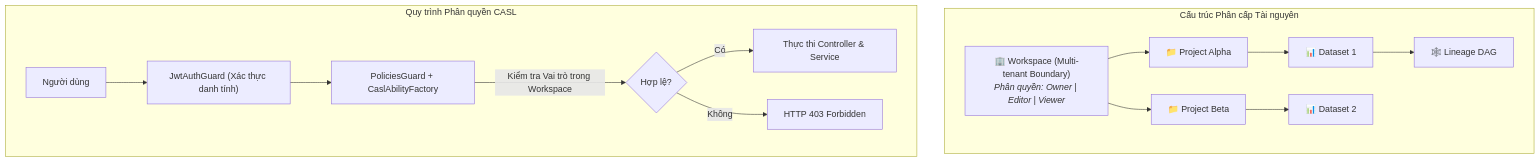
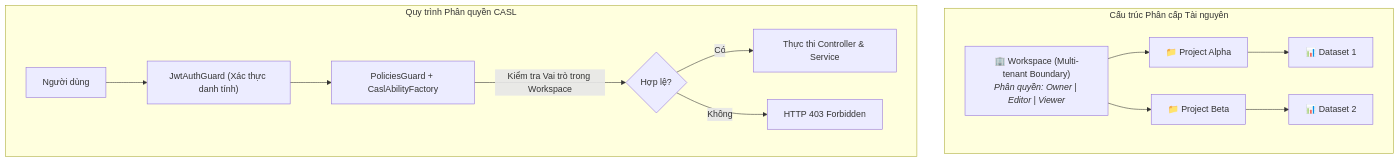
The diagram in src/backend/src/modules/workspaces/README.md (tieneshoabeai/AI-systems-support-detecting-and-handling-data-quality-issues), drawn with Mermaid before and after one commit. The commit also changed other lines of this file and 19 other files, not shown here.

````diff
--- a/src/backend/src/modules/workspaces/README.md
+++ b/src/backend/src/modules/workspaces/README.md
@@ -16,25 +16,23 @@
 ```mermaid
 graph TD
     subgraph Multi-Tenancy Hierarchy ["Cấu trúc Phân cấp Tài nguyên"]
         WS["🏢 Workspace (Multi-tenant Boundary)<br/><i>Phân quyền: Owner | Editor | Viewer</i>"]
         P1["📁 Project Alpha"]
         P2["📁 Project Beta"]
         D1["📊 Dataset 1"]
         D2["📊 Dataset 2"]
-        L1["🕸️ Lineage DAG"]
 
         WS --> P1
         WS --> P2
         P1 --> D1
         P2 --> D2
-        D1 --> L1
     end
 
     subgraph Security Layer ["Quy trình Phân quyền CASL"]
         User["Người dùng"] --> JWT["JwtAuthGuard (Xác thực danh tính)"]
         JWT --> CASL["PoliciesGuard + CaslAbilityFactory"]
         CASL -->|"Kiểm tra Vai trò trong Workspace"| Perm{"Hợp lệ?"}
         Perm -->|"Có"| Action["Thực thi Controller & Service"]
         Perm -->|"Không"| Deny["HTTP 403 Forbidden"]
     end
 ```
````
